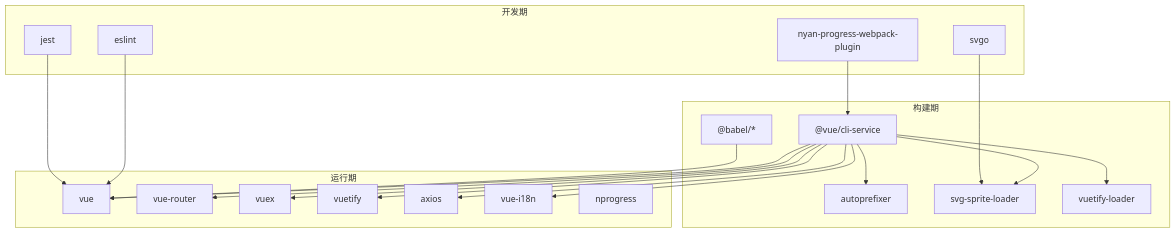
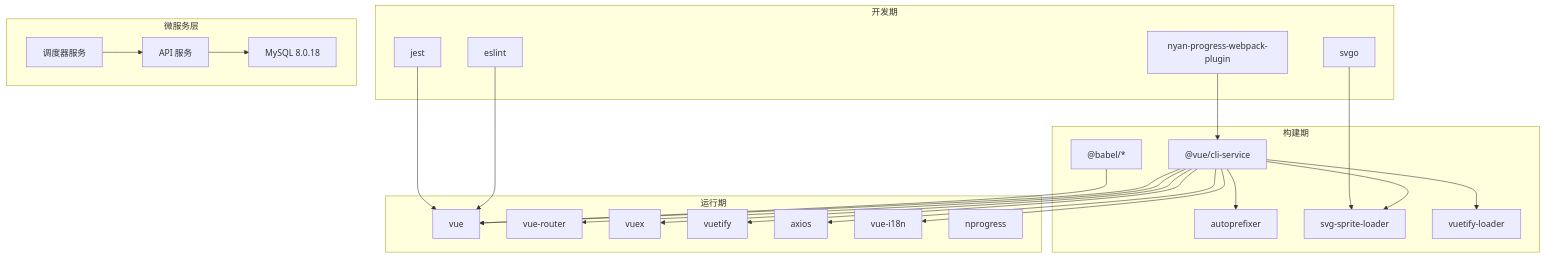
The tenth of 10 diagrams in .qoder/repowiki/zh/content/前端应用/构建部署/构建部署.md (TinyMaD/SpeedRunnersLab), drawn with Mermaid before and after one commit. The commit also changed other lines of this file and 9 other files, not shown here.

````diff
--- a/.qoder/repowiki/zh/content/前端应用/构建部署/构建部署.md
+++ b/.qoder/repowiki/zh/content/前端应用/构建部署/构建部署.md
@@ -367,39 +483,46 @@
 ```mermaid
 graph TB
 subgraph "运行期"
 Vue["vue"]
 Router["vue-router"]
 Vuex["vuex"]
 Vuetify["vuetify"]
 Axios["axios"]
 I18n["vue-i18n"]
 NP["nprogress"]
 end
 subgraph "构建期"
 CLIService["@vue/cli-service"]
 Babel["@babel/*"]
 PostCSS["autoprefixer"]
 SVGLoader["svg-sprite-loader"]
 VuetifyLoader["vuetify-loader"]
 end
 subgraph "开发期"
 ESLint["eslint"]
 Jest["jest"]
 SVGO["svgo"]
 Nyan["nyan-progress-webpack-plugin"]
 end
+subgraph "微服务层"
+MySQL["MySQL 8.0.18"]
+API["API 服务"]
+Scheduler["调度器服务"]
+end
 CLIService --> Vue
 CLIService --> Router
 CLIService --> Vuex
 CLIService --> Vuetify
 CLIService --> Axios
 CLIService --> I18n
 CLIService --> PostCSS
 CLIService --> SVGLoader
 CLIService --> VuetifyLoader
 Babel --> Vue
 ESLint --> Vue
 Jest --> Vue
 SVGO --> SVGLoader
 Nyan --> CLIService
+API --> MySQL
+Scheduler --> API
 ```
````
